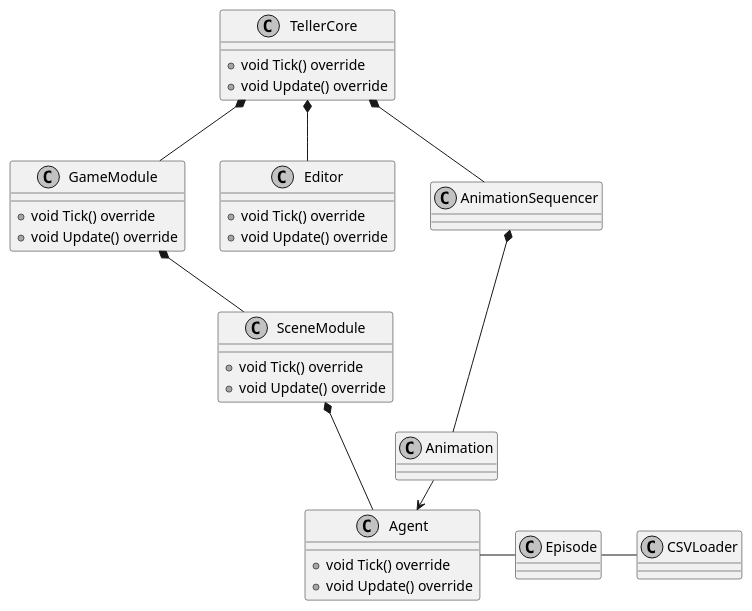
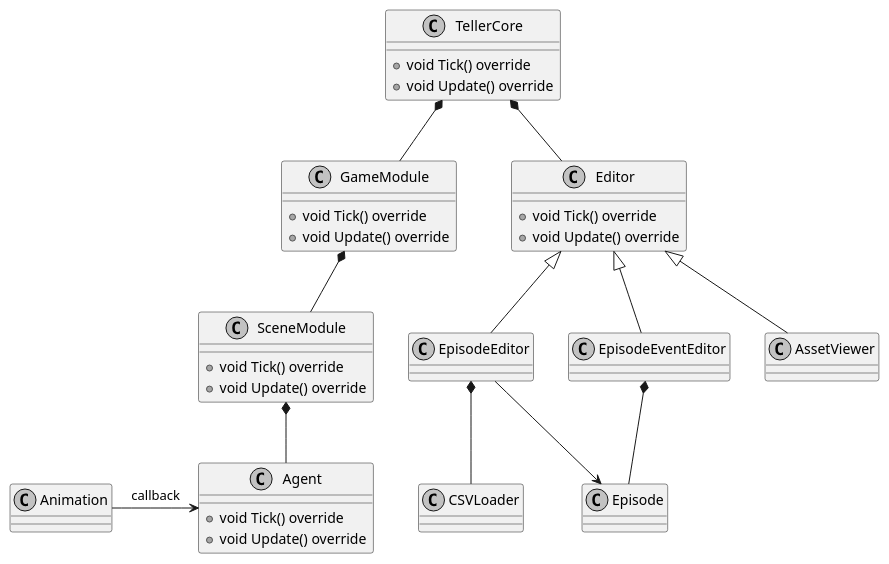
One commit to takiren/Teller changed the diagram in plantuml/layout.pu. Above: the diagram before and after it, drawn with PlantUML. The commit also changed 23 other files, not shown here.

```diff
--- a/plantuml/layout.pu
+++ b/plantuml/layout.pu
@@ -1,48 +1,63 @@
-@startuml Stack
+@startuml architecture
 
 skinparam {
     monochrome true
     padding 1
 }
 class TellerCore{
     +void Tick() override
     +void Update() override
 }
 class GameModule{
     +void Tick() override
     +void Update() override
 }
+
 class SceneModule{
     +void Tick() override
     +void Update() override
 }
 class Agent{
     +void Tick() override
     +void Update() override
 }
 class Editor{
     +void Tick() override
     +void Update() override
 }
 
+class EpisodeEditor{
+}
+
+
+class EpisodeEventEditor{
+}
+class AssetViewer
+
 class CSVLoader{
 }
 
 class Episode{
 }
 
-class AnimationSequencer{}
 class Animation{}
 
 
 TellerCore *-- GameModule
-TellerCore *-- Editor
 GameModule *-- SceneModule
 SceneModule *-- Agent
-Agent - Episode
-Episode - CSVLoader
 
-AnimationSequencer *-- Animation
 Animation -> Agent :callback
-TellerCore *-- AnimationSequencer
+Editor <|-- EpisodeEditor
+Editor <|-- EpisodeEventEditor
+Editor <|-- AssetViewer
+
+EpisodeEditor *-- CSVLoader
+EpisodeEventEditor *-- Episode
+
+EpisodeEditor -->Episode
+
+TellerCore *--Editor
+
+
 @enduml
```
